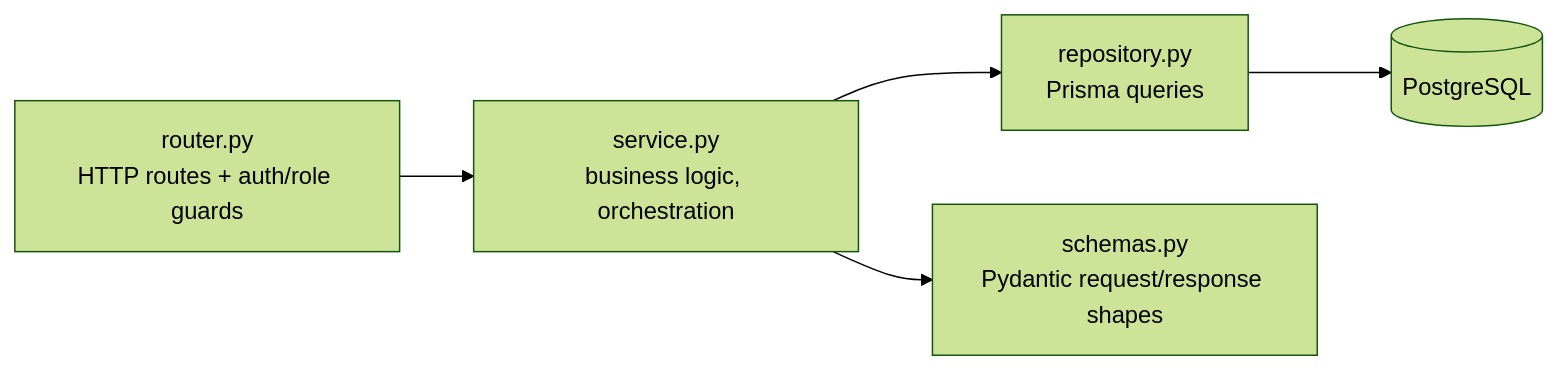
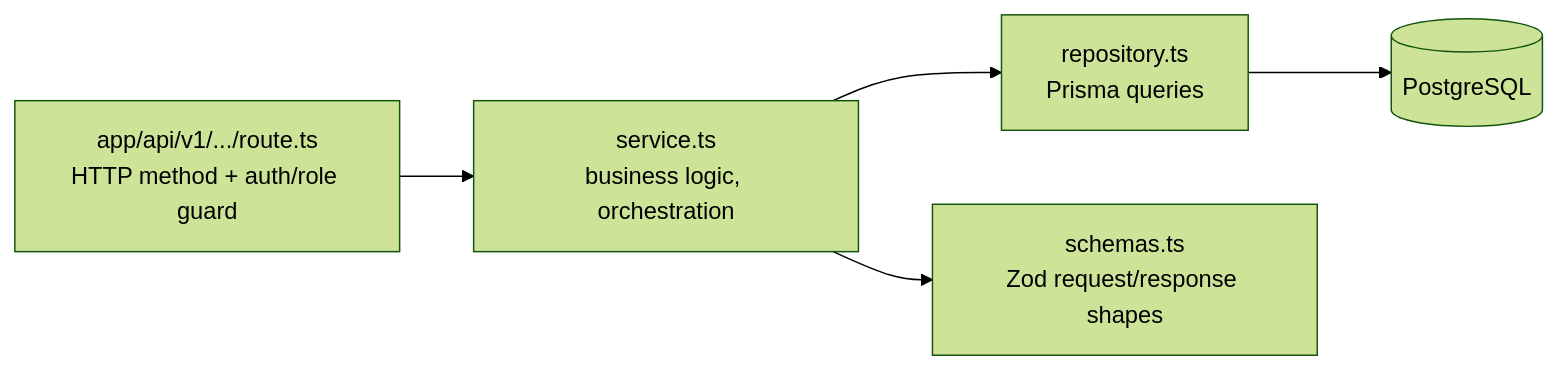
Before and after one commit to 21f1001805/Library_management: the third of 5 diagrams in README.md, drawn with Mermaid (forest theme). The commit also changed other lines of this file and 23 other files, not shown here.

````diff
--- a/README.md
+++ b/README.md
@@ -152,7 +155,7 @@
 ```mermaid
 flowchart LR
-    Router["router.py<br/>HTTP routes + auth/role guards"] --> Service["service.py<br/>business logic, orchestration"]
-    Service --> Repository["repository.py<br/>Prisma queries"]
+    RouteHandler["app/api/v1/.../route.ts<br/>HTTP method + auth/role guard"] --> Service["service.ts<br/>business logic, orchestration"]
+    Service --> Repository["repository.ts<br/>Prisma queries"]
     Repository --> DB[("PostgreSQL")]
-    Service --> Schemas["schemas.py<br/>Pydantic request/response shapes"]
+    Service --> Schemas["schemas.ts<br/>Zod request/response shapes"]
 ```
````
